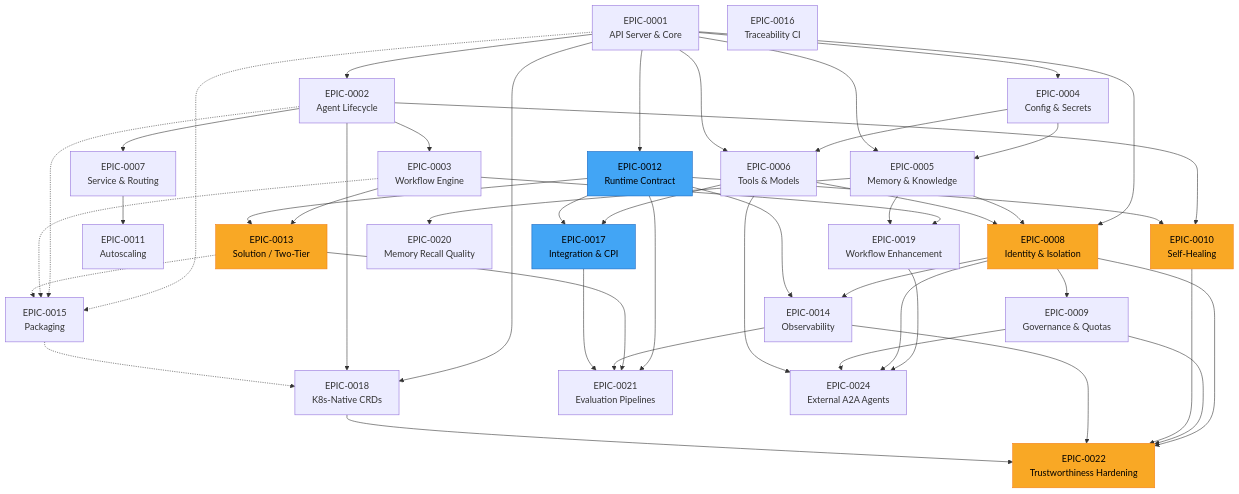
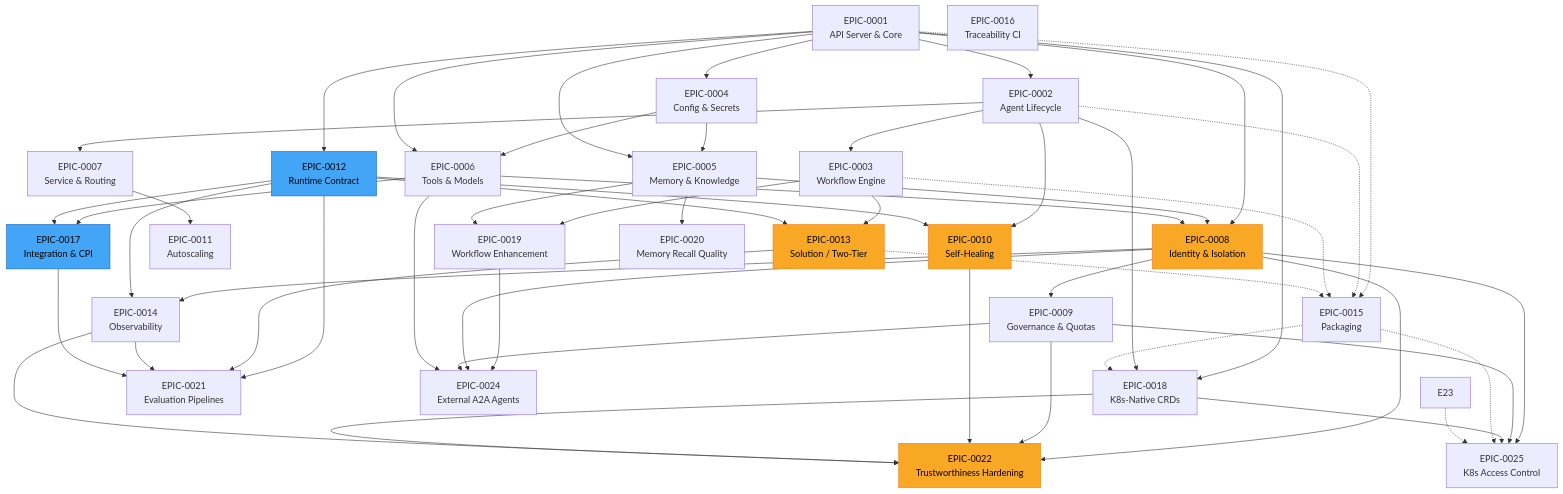
Before and after one commit to microsoft/kognition: the diagram in BACKLOG.md, drawn with Mermaid. The commit also changed other lines of this file, not shown here.

First line of the commit message:
docs(backlog): add EPIC-0025 Kubernetes human access control

```diff
--- a/BACKLOG.md
+++ b/BACKLOG.md
@@ -173,6 +174,7 @@
     E21[EPIC-0021<br>Evaluation Pipelines]
     E22[EPIC-0022<br>Trustworthiness Hardening]
     E24[EPIC-0024<br>External A2A Agents]
+    E25[EPIC-0025<br>K8s Access Control]
 
     E01 --> E02
     E01 --> E04
@@ -221,6 +223,12 @@
     E09 --> E24
     E06 --> E24
 
+    E08 --> E25
+    E09 --> E25
+    E18 --> E25
+    E15 -.-> E25
+    E23 -.-> E25
+
     E01 -.-> E15
     E02 -.-> E15
     E03 -.-> E15
```
